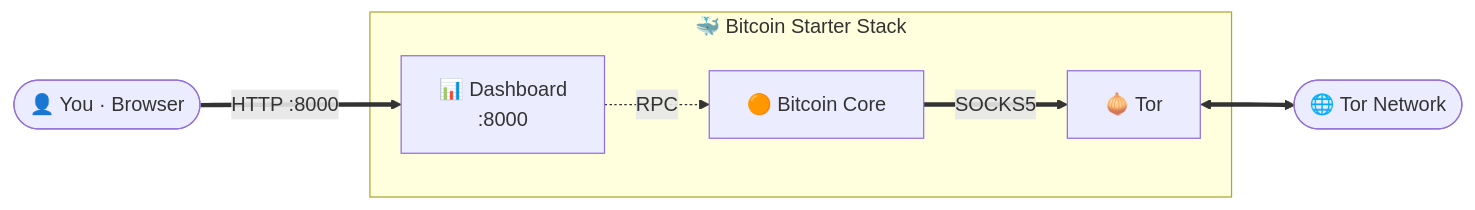
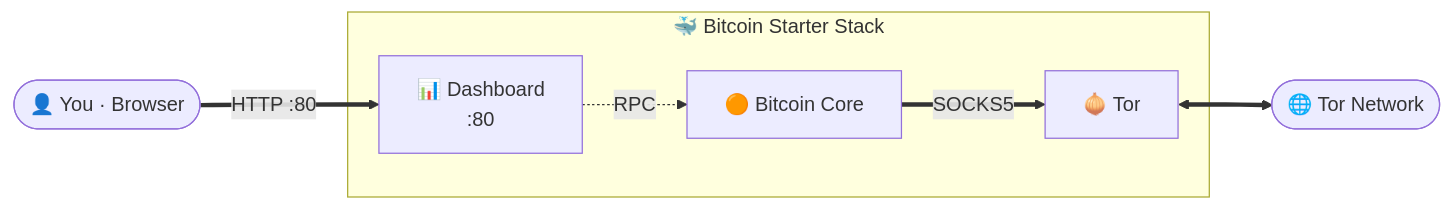
The diagram in README.md (VijitSingh97/bitcoin-starter-stack), drawn with Mermaid before and after one commit. The commit also changed other lines of this file and 12 other files, not shown here.

````diff
--- a/README.md
+++ b/README.md
@@ -96,16 +96,16 @@
 ```mermaid
 flowchart LR
     You(["👤 You · Browser"])
     Net(["🌐 Tor Network"])
 
     subgraph stack ["🐳 Bitcoin Starter Stack"]
-        Dashboard["📊 Dashboard<br/>:8000"]
+        Dashboard["📊 Dashboard<br/>:80"]
         Bitcoin["🟠 Bitcoin Core"]
         Tor["🧅 Tor"]
     end
 
-    You ==>|HTTP :8000| Dashboard
+    You ==>|HTTP :80| Dashboard
     Dashboard -.->|RPC| Bitcoin
     Bitcoin ==>|SOCKS5| Tor
     Tor <==> Net
 ```
````
